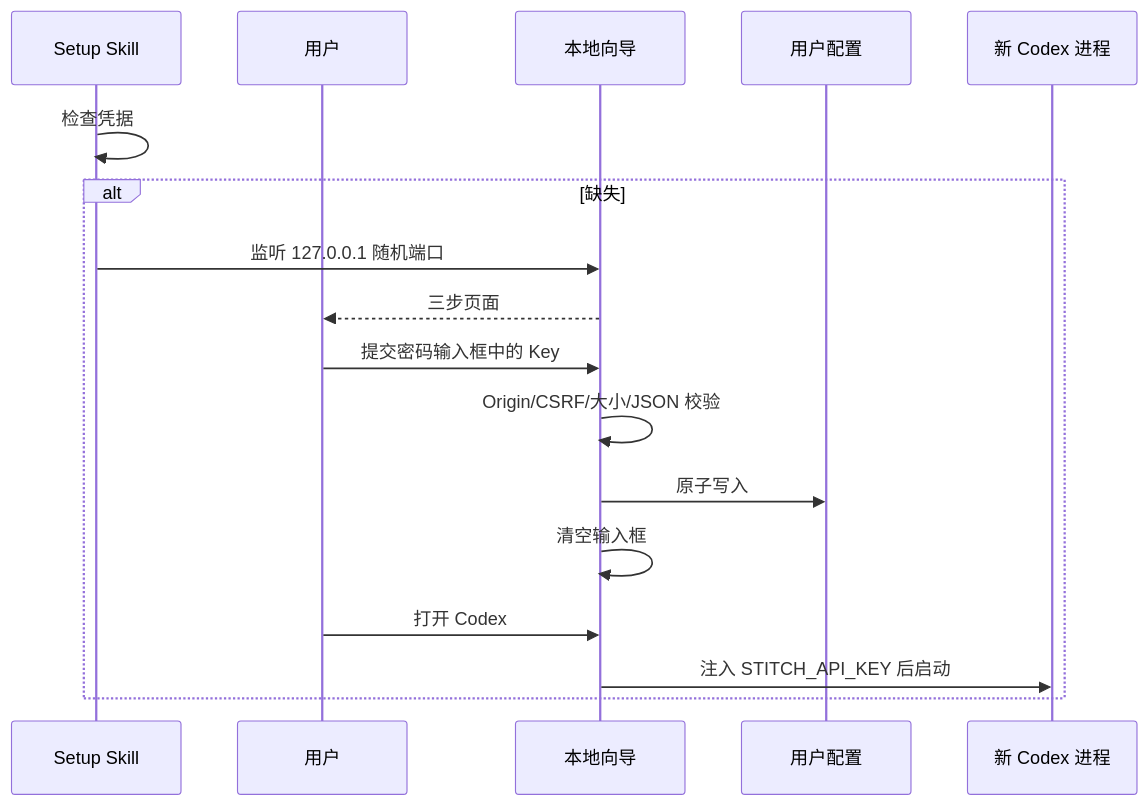
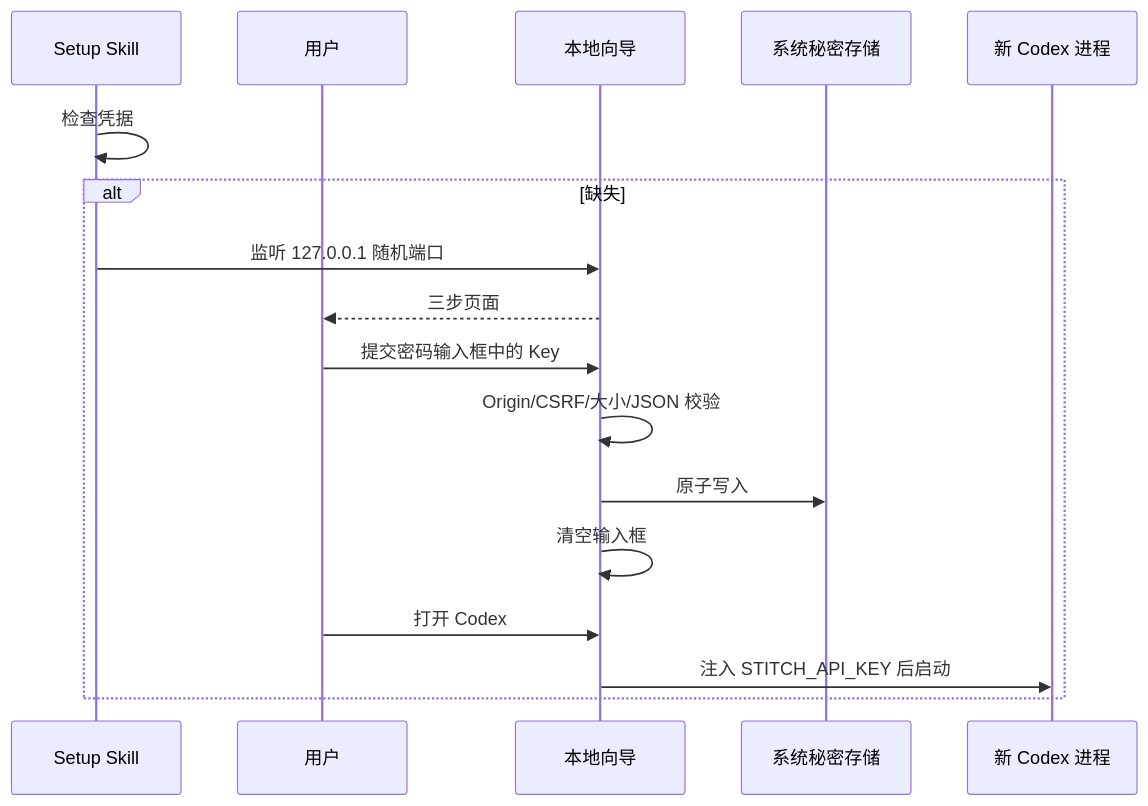
The first of 6 diagrams in docs/Stitch-Design-Technical-Solution.zh_CN.md (full-stack-plugins/stitch-design-plugin), drawn with Mermaid before and after one commit. The commit also changed other lines of this file and 9 other files, not shown here.

````diff
--- a/docs/Stitch-Design-Technical-Solution.zh_CN.md
+++ b/docs/Stitch-Design-Technical-Solution.zh_CN.md
@@ -36,19 +37,19 @@
 ```mermaid
 sequenceDiagram
     participant S as Setup Skill
     participant U as 用户
     participant L as 本地向导
-    participant F as 用户配置
+    participant F as 系统秘密存储
     participant C as 新 Codex 进程
     S->>S: 检查凭据
     alt 缺失
       S->>L: 监听 127.0.0.1 随机端口
       L-->>U: 三步页面
       U->>L: 提交密码输入框中的 Key
       L->>L: Origin/CSRF/大小/JSON 校验
       L->>F: 原子写入
       L->>L: 清空输入框
       U->>L: 打开 Codex
       L->>C: 注入 STITCH_API_KEY 后启动
     end
 ```
````
